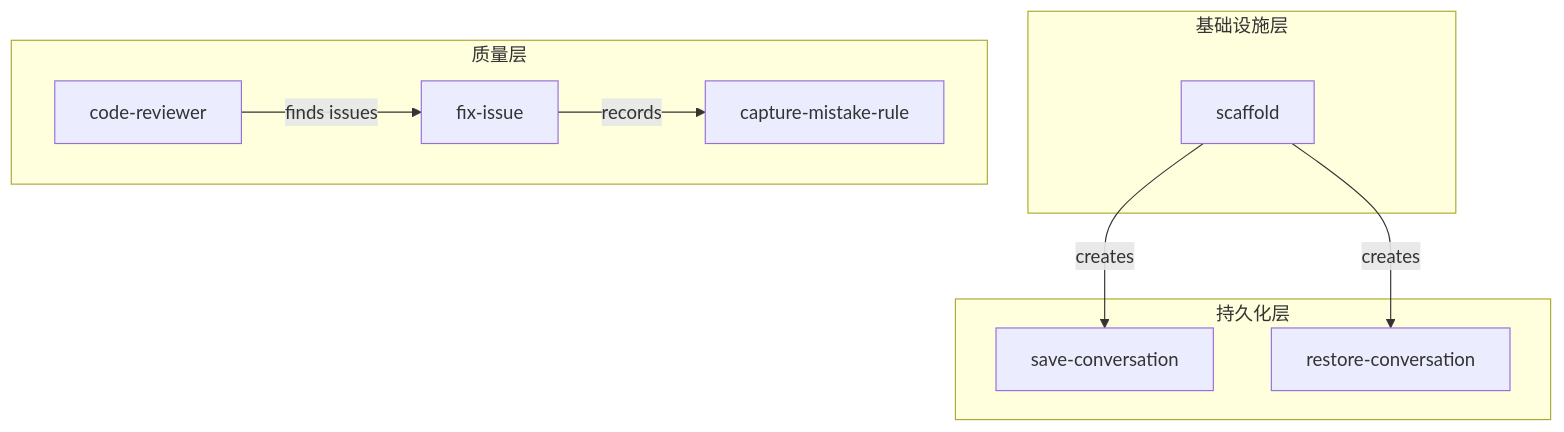
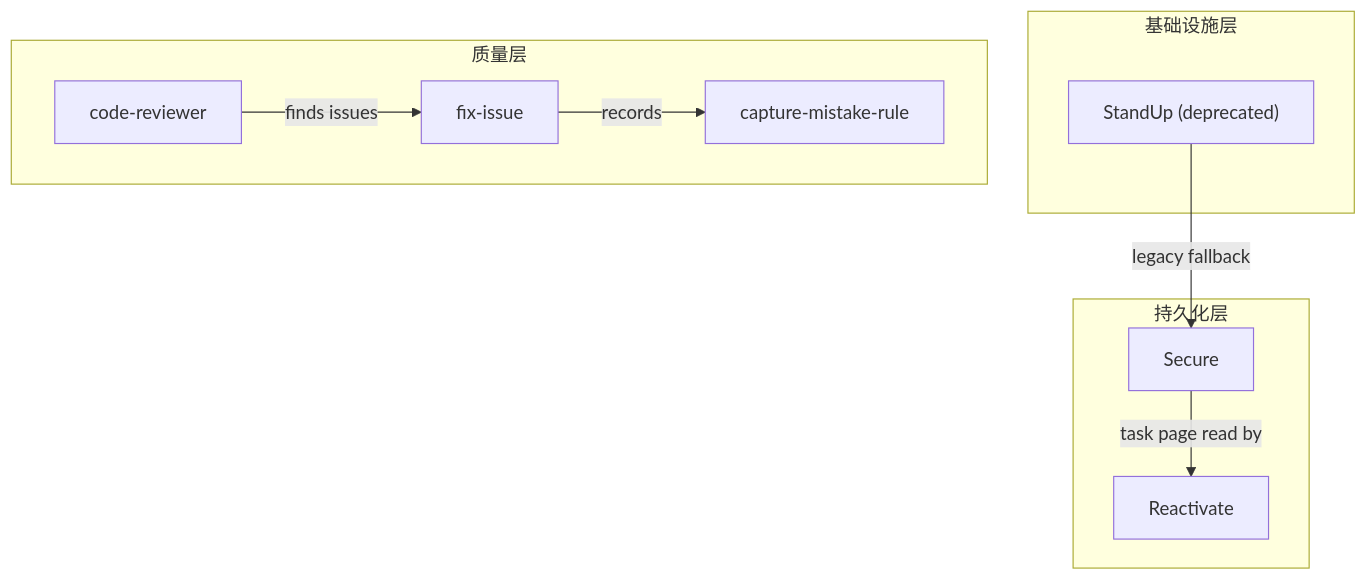
The diagram in skills/Formation/references/mode-architecture.md (yuanhaorannnnnn/agent-skills), drawn with Mermaid before and after one commit. The commit also changed 14 other files, not shown here.

````diff
--- a/skills/Formation/references/mode-architecture.md
+++ b/skills/Formation/references/mode-architecture.md
@@ -33,22 +33,22 @@
 ```mermaid
 flowchart TD
     subgraph 基础设施层
-        A["scaffold"] 
+        A["StandUp (deprecated)"]
     end
-    
+
     subgraph 持久化层
-        B["save-conversation"]
-        C["restore-conversation"]
+        B["Secure"]
+        C["Reactivate"]
     end
-    
+
     subgraph 质量层
         D["code-reviewer"]
         E["fix-issue"]
         F["capture-mistake-rule"]
     end
-    
-    A -->|creates| B
-    A -->|creates| C
+
+    A -->|legacy fallback| B
+    B -->|task page read by| C
     D -->|finds issues| E
     E -->|records| F
 ```
````
